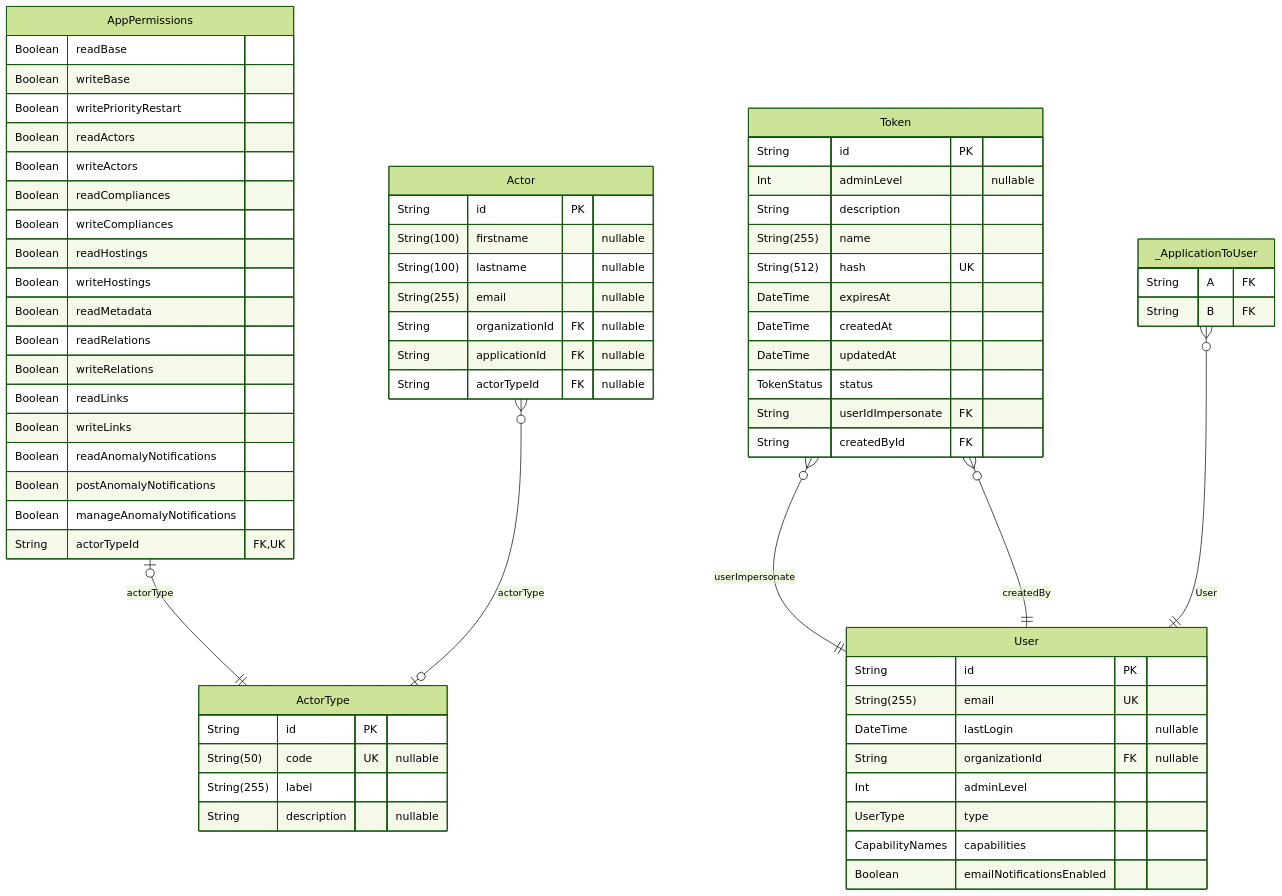
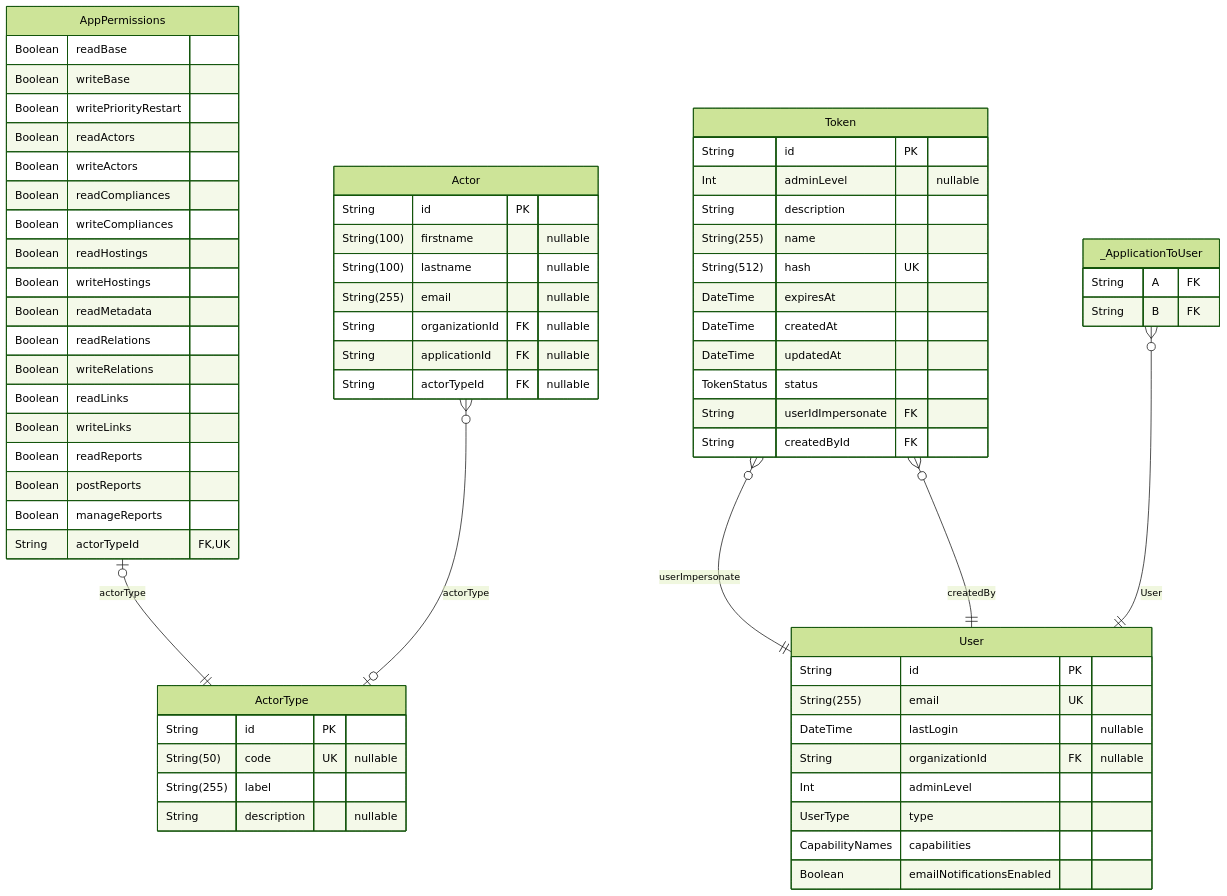
The seventh of 9 diagrams in backend/prisma/docs/schema.md (dnum-mi/referentiel-applications), drawn with Mermaid (forest theme) before and after one commit. The commit also changed other lines of this file and 5 other files, not shown here.

Commit message:
refactor: :recycle: rename anomaly notifications to reports across the database

````diff
--- a/backend/prisma/docs/schema.md
+++ b/backend/prisma/docs/schema.md
@@ -464,70 +464,70 @@
 ```mermaid
 erDiagram
 "AppPermissions" {
   Boolean readBase
   Boolean writeBase
   Boolean writePriorityRestart
   Boolean readActors
   Boolean writeActors
   Boolean readCompliances
   Boolean writeCompliances
   Boolean readHostings
   Boolean writeHostings
   Boolean readMetadata
   Boolean readRelations
   Boolean writeRelations
   Boolean readLinks
   Boolean writeLinks
-  Boolean readAnomalyNotifications
-  Boolean postAnomalyNotifications
-  Boolean manageAnomalyNotifications
+  Boolean readReports
+  Boolean postReports
+  Boolean manageReports
   String actorTypeId FK,UK
 }
 "Token" {
   String id PK
   Int adminLevel "nullable"
   String description
   String(255) name
   String(512) hash UK
   DateTime expiresAt
   DateTime createdAt
   DateTime updatedAt
   TokenStatus status
   String userIdImpersonate FK
   String createdById FK
 }
 "User" {
   String id PK
   String(255) email UK
   DateTime lastLogin "nullable"
   String organizationId FK "nullable"
   Int adminLevel
   UserType type
   CapabilityNames capabilities
   Boolean emailNotificationsEnabled
 }
 "Actor" {
   String id PK
   String(100) firstname "nullable"
   String(100) lastname "nullable"
   String(255) email "nullable"
   String organizationId FK "nullable"
   String applicationId FK "nullable"
   String actorTypeId FK "nullable"
 }
 "ActorType" {
   String id PK
   String(50) code UK "nullable"
   String(255) label
   String description "nullable"
 }
 "_ApplicationToUser" {
   String A FK
   String B FK
 }
 "AppPermissions" |o--|| "ActorType" : actorType
 "Token" }o--|| "User" : userImpersonate
 "Token" }o--|| "User" : createdBy
 "Actor" }o--o| "ActorType" : actorType
 "_ApplicationToUser" }o--|| "User" : User
 ```
````
